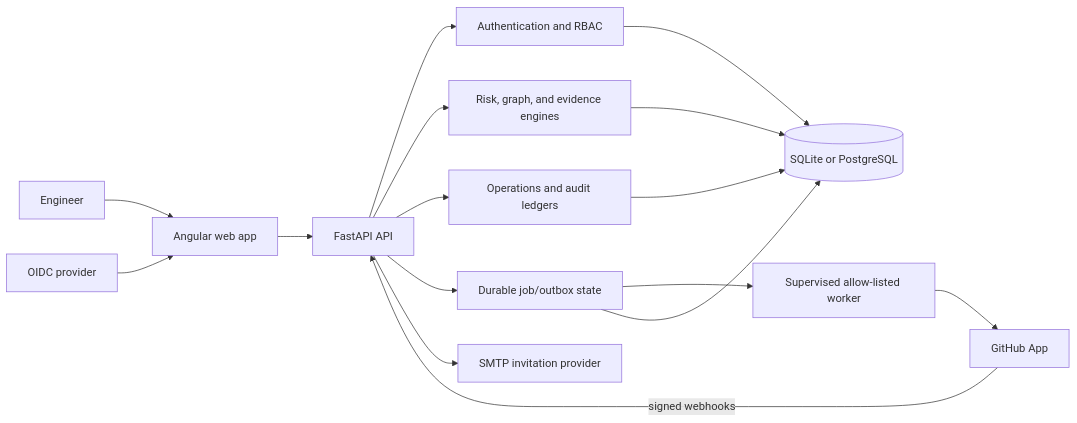
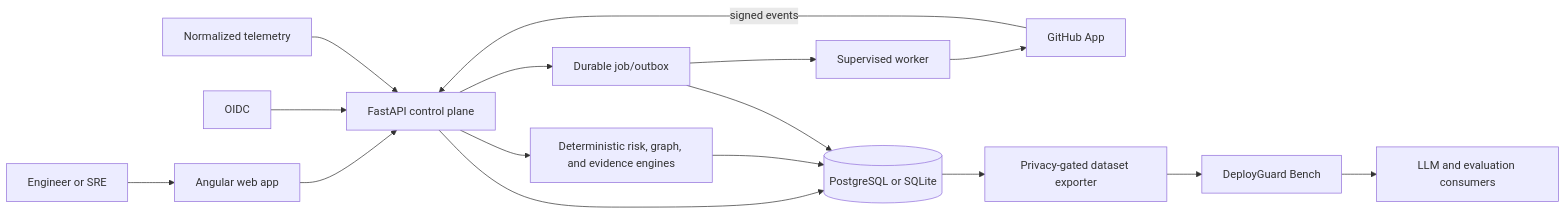
One commit to kingggg5/deployguardai changed the diagram in README.md. Above: the diagram before and after it, drawn with Mermaid. The commit also changed other lines of this file and 23 other files, not shown here.

````diff
--- a/README.md
+++ b/README.md
@@ -145,18 +105,18 @@
 ```mermaid
 flowchart LR
-    Engineer["Engineer"] --> Web["Angular web app"]
-    Web --> API["FastAPI API"]
-    OIDC["OIDC provider"] --> Web
-    GitHub["GitHub App"] -->|"signed webhooks"| API
-    API --> Auth["Authentication and RBAC"]
-    API --> Engines["Risk, graph, and evidence engines"]
-    API --> Ops["Operations and audit ledgers"]
-    API --> Queue["Durable job/outbox state"]
-    Queue --> Worker["Supervised allow-listed worker"]
+    User["Engineer or SRE"] --> Web["Angular web app"]
+    Web --> API["FastAPI control plane"]
+    GitHub["GitHub App"] -->|"signed events"| API
+    OIDC["OIDC"] --> API
+    Telemetry["Normalized telemetry"] --> API
+    API --> Engines["Deterministic risk, graph, and evidence engines"]
+    API --> Jobs["Durable job/outbox"]
+    Jobs --> Worker["Supervised worker"]
     Worker --> GitHub
-    Auth --> DB[("SQLite or PostgreSQL")]
+    API --> DB[("PostgreSQL or SQLite")]
     Engines --> DB
-    Ops --> DB
-    Queue --> DB
-    API --> SMTP["SMTP invitation provider"]
+    Jobs --> DB
+    DB --> Export["Privacy-gated dataset exporter"]
+    Export --> Bench["DeployGuard Bench"]
+    Bench --> AI["LLM and evaluation consumers"]
 ```
````
